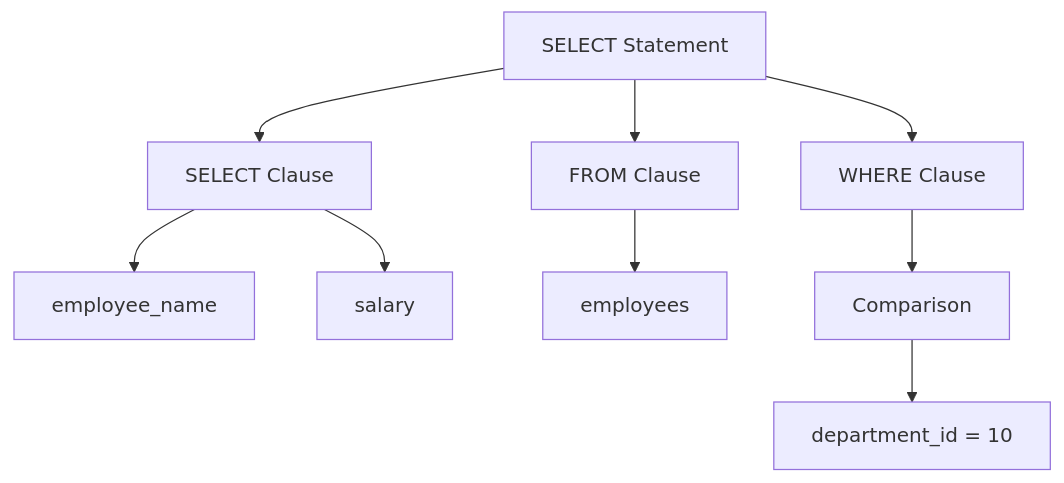
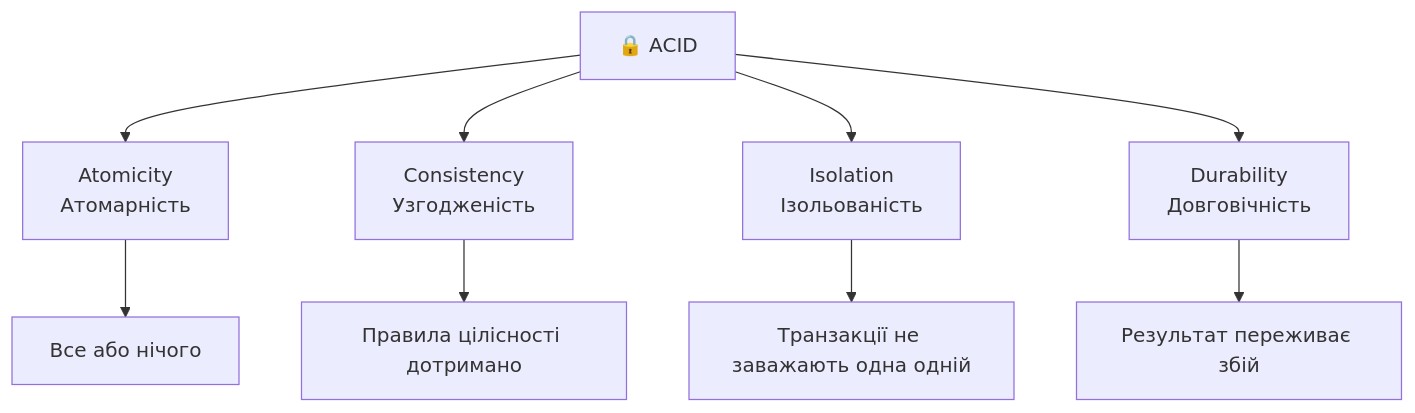
One commit to olroi421/course-bd changed the first of 9 diagrams in presentations/presentation-08.md. Above: the diagram before and after it, drawn with Mermaid. The commit also changed other lines of this file and 10 other files, not shown here.

````diff
--- a/presentations/presentation-08.md
+++ b/presentations/presentation-08.md
@@ -66,14 +114,12 @@
 ```mermaid
-graph TD
-    A[SELECT Statement] --> B[SELECT Clause]
-    A --> C[FROM Clause]
-    A --> D[WHERE Clause]
+graph TB
+    A[🔒 ACID] --> B["Atomicity<br/>Атомарність"]
+    A --> C["Consistency<br/>Узгодженість"]
+    A --> D["Isolation<br/>Ізольованість"]
+    A --> E["Durability<br/>Довговічність"]
 
-    B --> E[employee_name]
-    B --> F[salary]
-
-    C --> G[employees]
-
-    D --> H[Comparison]
-    H --> I[department_id = 10]
+    B --> F["Все або нічого"]
+    C --> G["Правила цілісності дотримано"]
+    D --> H["Транзакції не заважають одна одній"]
+    E --> I["Результат переживає збій"]
 ```
````
